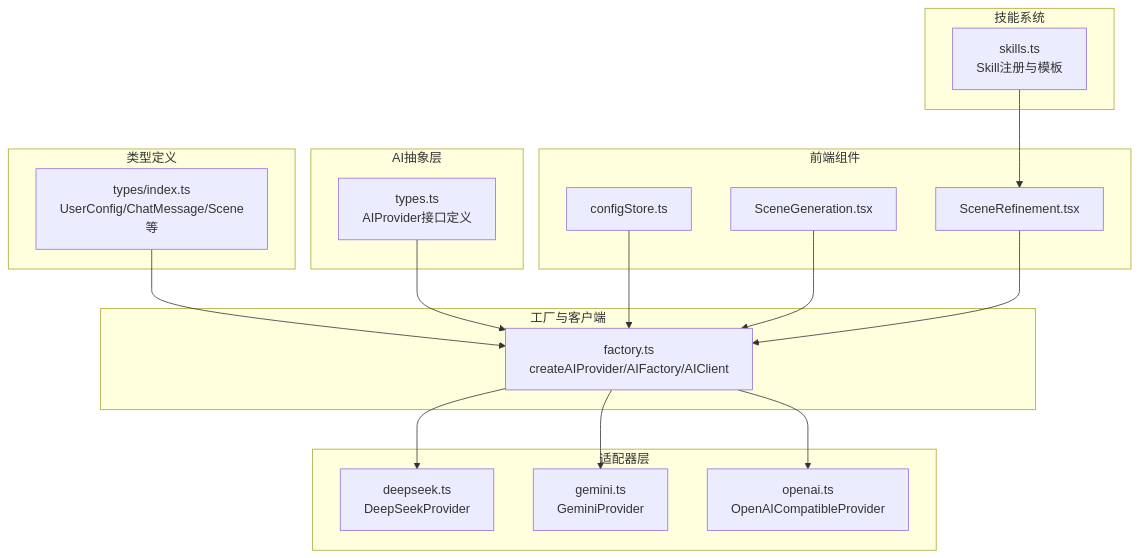
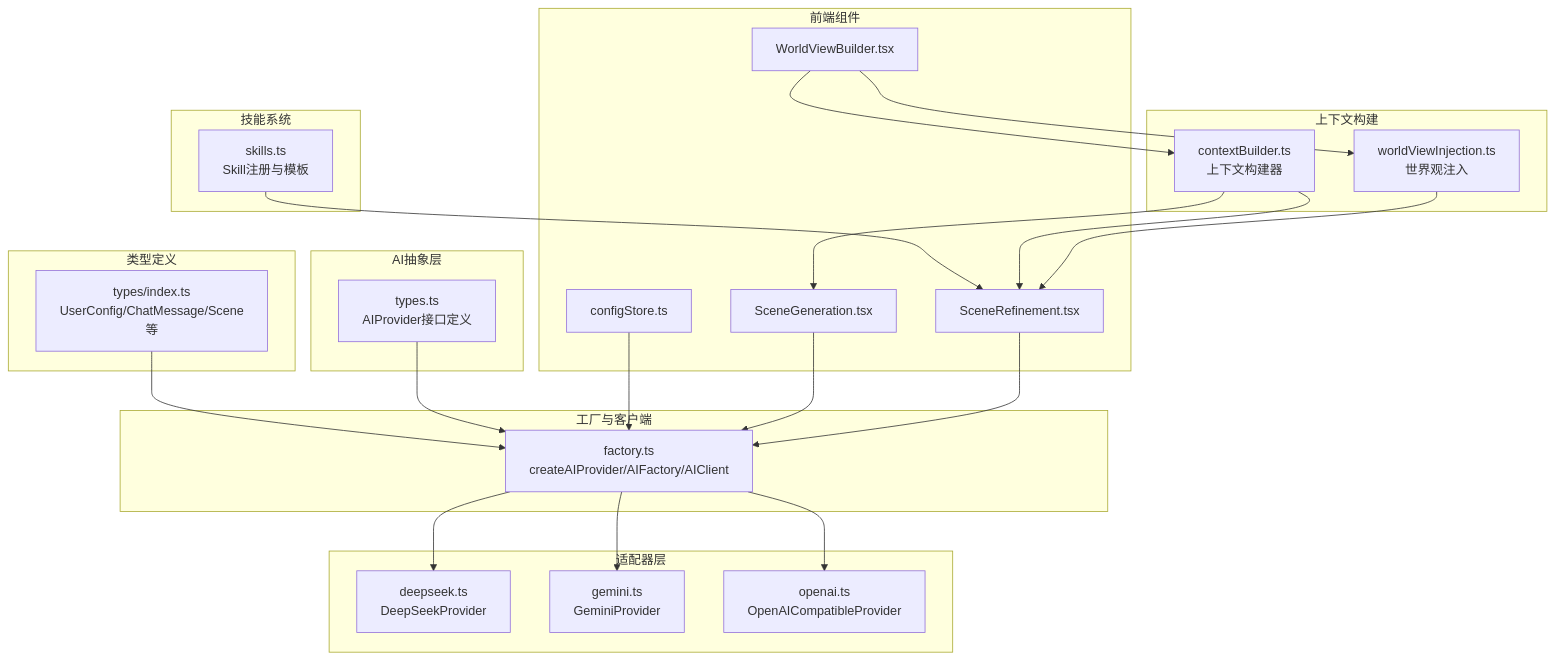
The first of 8 diagrams in .qoder/repowiki/zh/content/技术架构/AI集成/AI集成.md (leonaiuv/aixsss), drawn with Mermaid before and after one commit. The commit also changed other lines of this file and 5 other files, not shown here.

````diff
--- a/.qoder/repowiki/zh/content/技术架构/AI集成/AI集成.md
+++ b/.qoder/repowiki/zh/content/技术架构/AI集成/AI集成.md
@@ -44,34 +56,44 @@
 ```mermaid
 graph TB
 subgraph "AI抽象层"
 T["types.ts<br/>AIProvider接口定义"]
 end
 subgraph "工厂与客户端"
 F["factory.ts<br/>createAIProvider/AIFactory/AIClient"]
 end
 subgraph "适配器层"
 D["deepseek.ts<br/>DeepSeekProvider"]
 G["gemini.ts<br/>GeminiProvider"]
 O["openai.ts<br/>OpenAICompatibleProvider"]
 end
 subgraph "技能系统"
 S["skills.ts<br/>Skill注册与模板"]
 end
+subgraph "上下文构建"
+CB["contextBuilder.ts<br/>上下文构建器"]
+WI["worldViewInjection.ts<br/>世界观注入"]
+end
 subgraph "类型定义"
 U["types/index.ts<br/>UserConfig/ChatMessage/Scene等"]
 end
 subgraph "前端组件"
 SG["SceneGeneration.tsx"]
 SR["SceneRefinement.tsx"]
+WB["WorldViewBuilder.tsx"]
 CS["configStore.ts"]
 end
 U --> F
 T --> F
 F --> D
 F --> G
 F --> O
 S --> SR
+CB --> SR
+CB --> SG
+WI --> SR
 CS --> F
 SG --> F
 SR --> F
+WB --> CB
+WB --> WI
 ```
````
